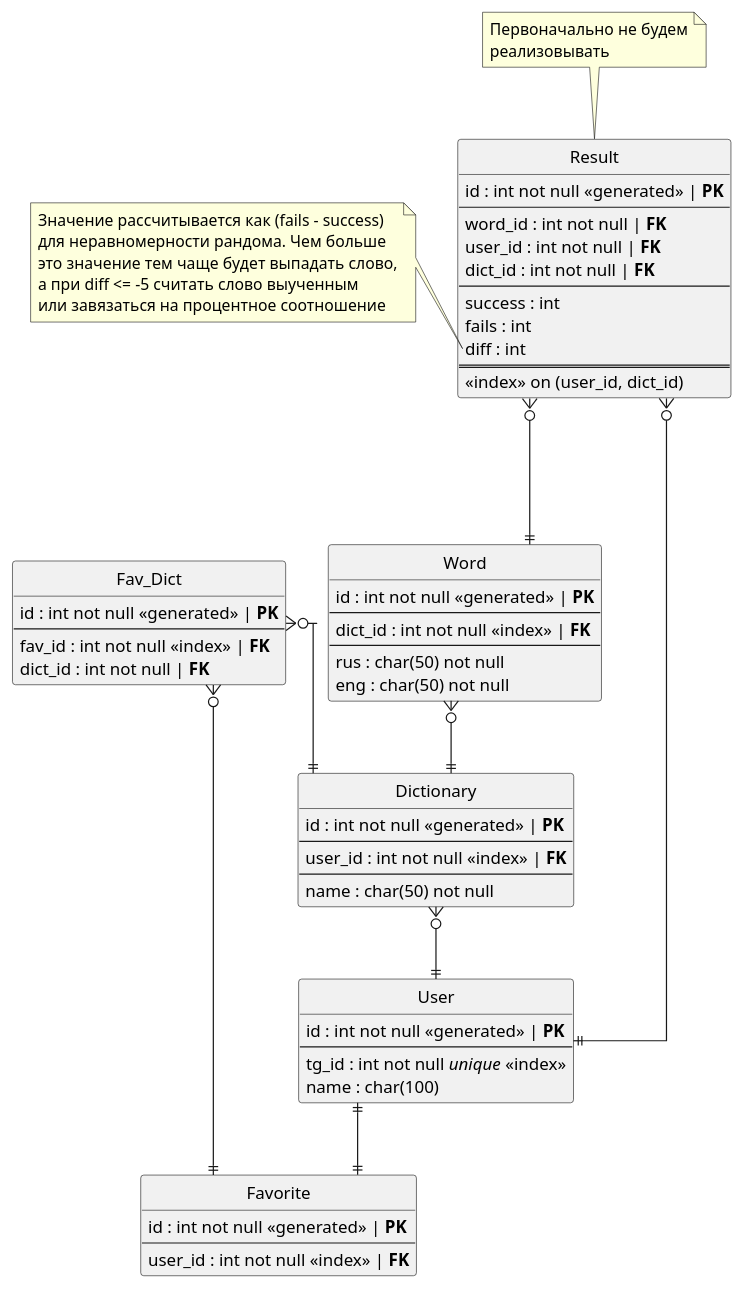
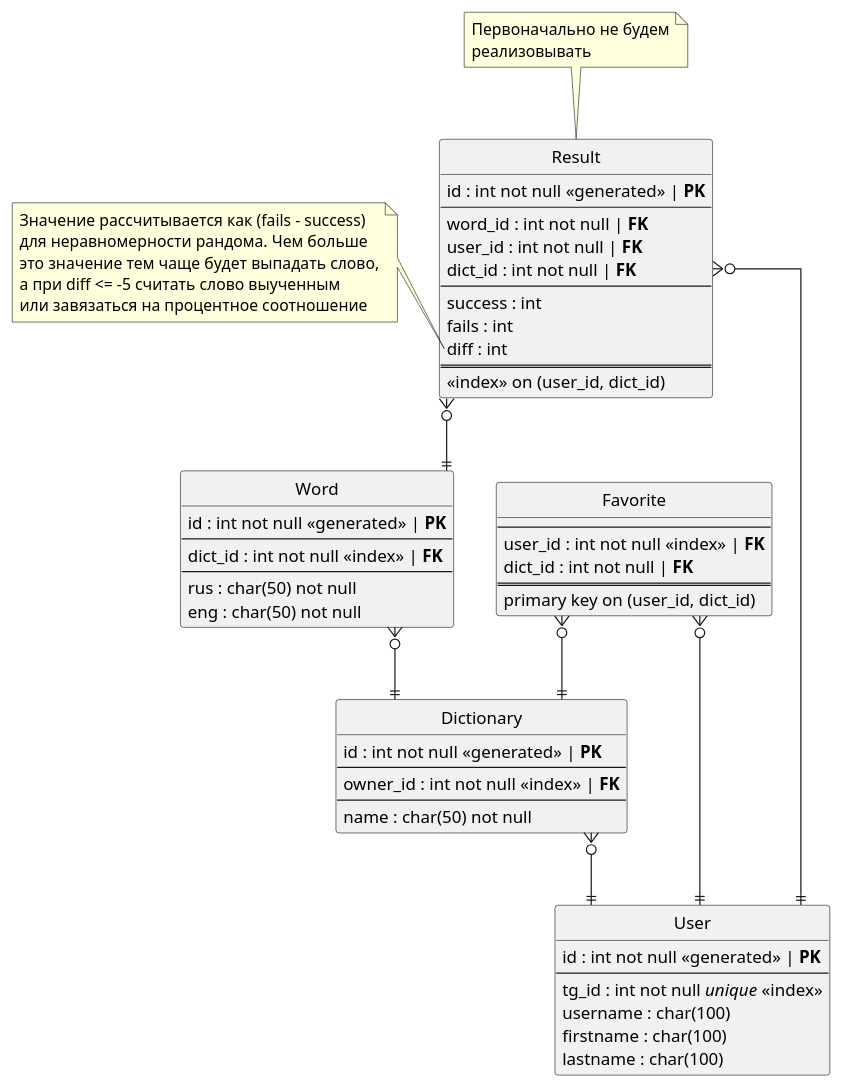
One commit to KotlinDeveloperSchool/TelegramBot changed the diagram in EntitiesBD.puml. Above: the diagram before and after it, drawn with PlantUML. The commit also changed 3 other files, not shown here.

```diff
--- a/EntitiesBD.puml
+++ b/EntitiesBD.puml
@@ -1,77 +1,72 @@
 @startuml
 'https://plantuml.com/class-diagram
 hide circle
 skinparam linetype ortho
 
 entity "Word" as W {
   id : int not null <<generated>> | **PK**
   --
   dict_id : int not null <<index>> | **FK**
   --
   rus : char(50) not null
   eng : char(50) not null
 }
 
 entity "Dictionary" as D {
   id : int not null <<generated>> | **PK**
   --
-  user_id : int not null <<index>> | **FK**
+  owner_id : int not null <<index>> | **FK**
   --
   name : char(50) not null
 }
 W }o--|| D
 
 entity "User" as U {
   id : int not null <<generated>> | **PK**
   --
   tg_id : int not null //unique// <<index>>
-  name : char(100)
+  username : char(100)
+  firstname : char(100)
+  lastname : char(100)
 }
 D }o--|| U
 
 entity "Favorite" as F {
-  id : int not null <<generated>> | **PK**
   --
   user_id : int not null <<index>> | **FK**
+  dict_id : int not null | **FK**
+  ==
+  primary key on (user_id, dict_id)
 }
 
-U ||--|| F
-
-entity "Fav_Dict" as FD {
-  id : int not null <<generated>> | **PK**
-  --
-  fav_id : int not null <<index>> | **FK**
-  dict_id : int not null | **FK**
-}
-
-FD }o--|| F
-FD }o--|| D
+F }o--|| U
+F }o--|| D
 
 entity "Result" as R {
   id : int not null <<generated>> | **PK**
   --
   word_id : int not null | **FK**
   user_id : int not null | **FK**
   dict_id : int not null | **FK**
   --
   success : int
   fails : int
   diff : int
   ==
   <<index>> on (user_id, dict_id)
 }
 
 note top of R: Первоначально не будем\nреализовывать
 
 note left of R::diff
   Значение рассчитывается как (fails - success)
   для неравномерности рандома. Чем больше
   это значение тем чаще будет выпадать слово,
   а при diff <= -5 считать слово выученным
   или завязаться на процентное соотношение
 end note
 
 R }o--|| U
-R }o---|| W
+R }o--|| W
 
 @enduml
```
